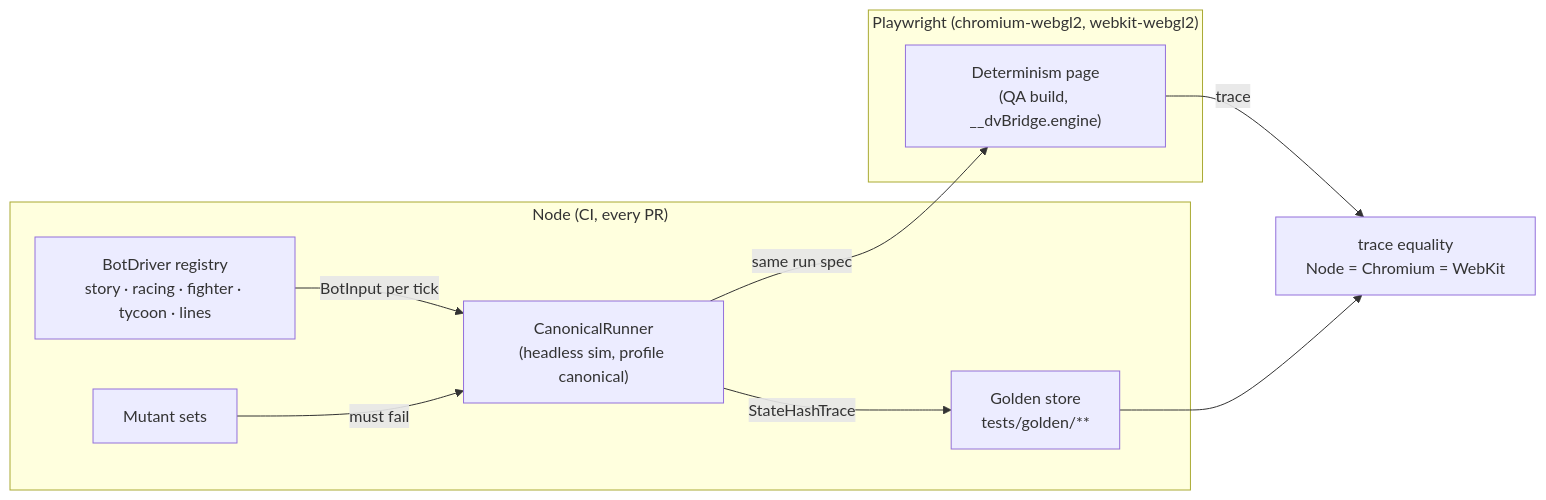
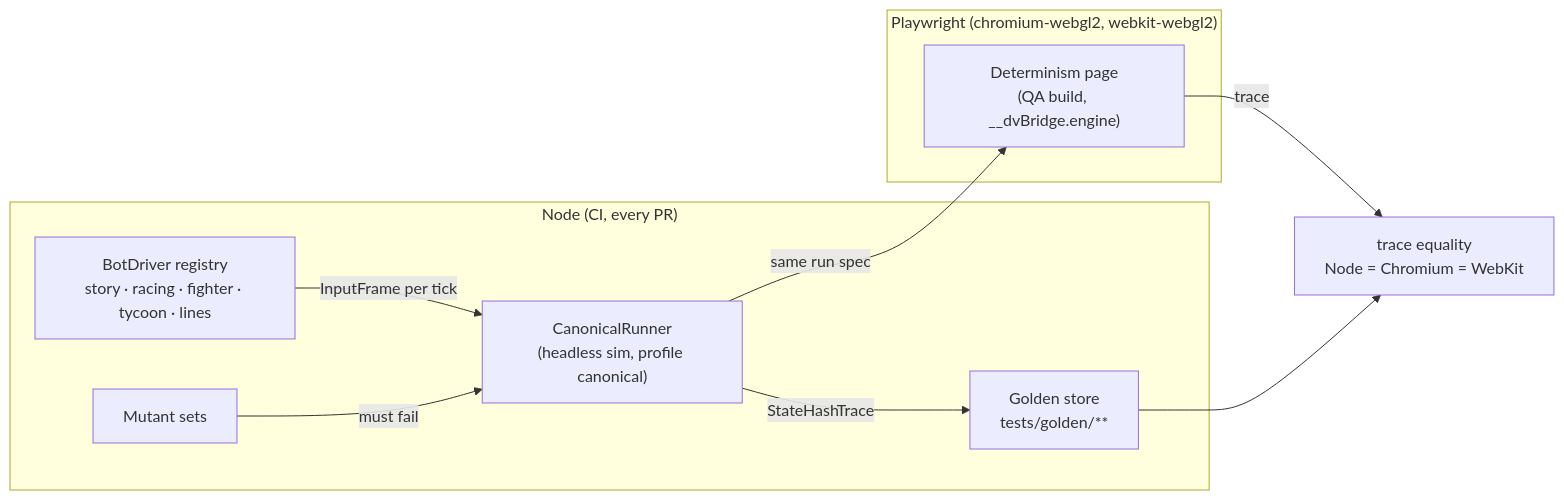
The diagram in spec/domains/13-qa.md (gratitude5dee/GTA-Tha-Bay), drawn with Mermaid before and after one commit. The commit also changed other lines of this file and 4 other files, not shown here.

````diff
--- a/spec/domains/13-qa.md
+++ b/spec/domains/13-qa.md
@@ -87,18 +87,18 @@
 ```mermaid
 flowchart LR
   subgraph Node["Node (CI, every PR)"]
     CR["CanonicalRunner<br/>(headless sim, profile canonical)"]
     BD["BotDriver registry<br/>story · racing · fighter · tycoon · lines"]
     GS["Golden store<br/>tests/golden/**"]
     MU["Mutant sets"]
   end
   subgraph Browser["Playwright (chromium-webgl2, webkit-webgl2)"]
     DP["Determinism page<br/>(QA build, __dvBridge.engine)"]
   end
-  BD -->|BotInput per tick| CR
+  BD -->|InputFrame per tick| CR
   CR -->|StateHashTrace| GS
   CR -->|same run spec| DP
   DP -->|trace| CMP["trace equality<br/>Node = Chromium = WebKit"]
   GS --> CMP
   MU -->|must fail| CR
 ```
````
